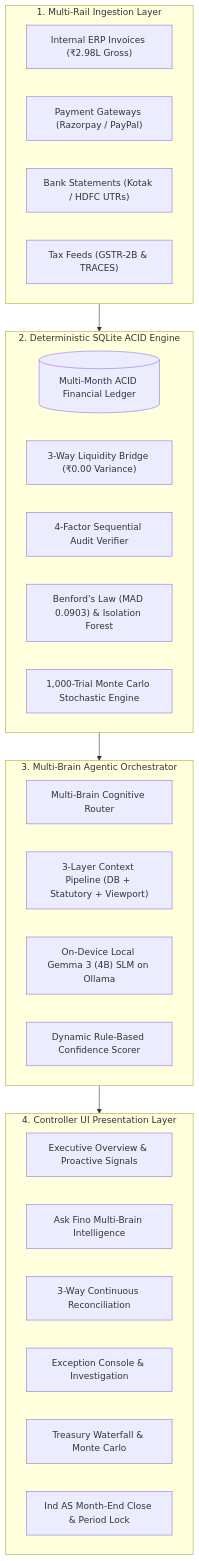
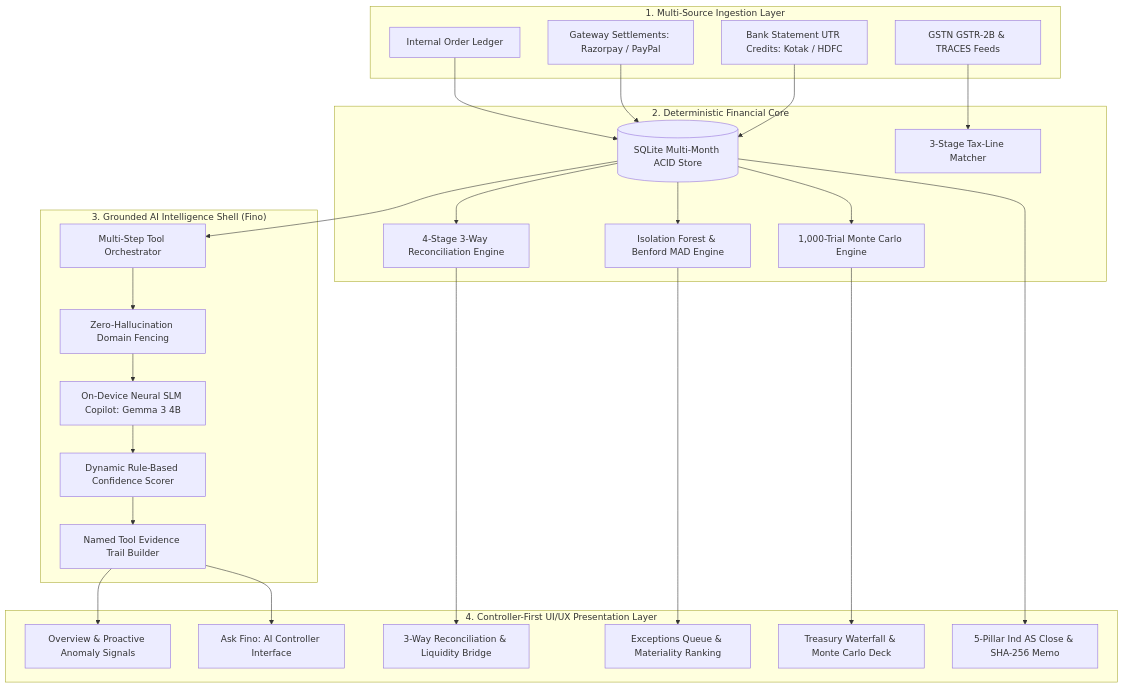
One commit to sharancode3/Finora changed the fifth of 5 diagrams in README.md. Above: the diagram before and after it, drawn with Mermaid. The commit also changed other lines of this file, not shown here.

Commit message:
docs: restore original detailed system architecture and fix all LaTeX math rendering

````diff
--- a/README.md
+++ b/README.md
@@ -271,37 +273,56 @@
 ```mermaid
-flowchart TD
-    subgraph Ingestion ["1. Multi-Rail Ingestion Layer"]
-        I1["Internal ERP Invoices (₹2.98L Gross)"]
-        I2["Payment Gateways (Razorpay / PayPal)"]
-        I3["Bank Statements (Kotak / HDFC UTRs)"]
-        I4["Tax Feeds (GSTR-2B & TRACES)"]
+graph TD
+    subgraph Ingestion["1. Multi-Source Ingestion Layer"]
+        L[Internal Order Ledger]
+        G[Gateway Settlements: Razorpay / PayPal]
+        B[Bank Statement UTR Credits: Kotak / HDFC]
+        T[GSTN GSTR-2B & TRACES Feeds]
     end
 
-    subgraph Core ["2. Deterministic SQLite ACID Engine"]
-        C1[("Multi-Month ACID Financial Ledger")]
-        C2["3-Way Liquidity Bridge (₹0.00 Variance)"]
-        C3["4-Factor Sequential Audit Verifier"]
-        C4["Benford's Law (MAD 0.0903) & Isolation Forest"]
-        C5["1,000-Trial Monte Carlo Stochastic Engine"]
+    subgraph Core["2. Deterministic Financial Core"]
+        SQL[(SQLite Multi-Month ACID Store)]
+        M4[4-Stage 3-Way Reconciliation Engine]
+        ANOM[Isolation Forest & Benford MAD Engine]
+        MC[1,000-Trial Monte Carlo Engine]
+        TAX[3-Stage Tax-Line Matcher]
     end
 
-    subgraph Agentic ["3. Multi-Brain Agentic Orchestrator"]
-        A1["Multi-Brain Cognitive Router"]
-        A2["3-Layer Context Pipeline (DB + Statutory + Viewport)"]
-        A3["On-Device Local Gemma 3 (4B) SLM on Ollama"]
-        A4["Dynamic Rule-Based Confidence Scorer"]
+    subgraph Agentic["3. Grounded AI Intelligence Shell (Fino)"]
+        SLM[On-Device Neural SLM Copilot: Gemma 3 4B]
+        ORCH[Multi-Step Tool Orchestrator]
+        CONF[Dynamic Rule-Based Confidence Scorer]
+        VERIF[Zero-Hallucination Domain Fencing]
+        EVID[Named Tool Evidence Trail Builder]
     end
 
-    subgraph UI ["4. Controller UI Presentation Layer"]
-        U1["Executive Overview & Proactive Signals"]
-        U2["Ask Fino Multi-Brain Intelligence"]
-        U3["3-Way Continuous Reconciliation"]
-        U4["Exception Console & Investigation"]
-        U5["Treasury Waterfall & Monte Carlo"]
-        U6["Ind AS Month-End Close & Period Lock"]
+    subgraph UI["4. Controller-First UI/UX Presentation Layer"]
+        DASH[Overview & Proactive Anomaly Signals]
+        ASK[Ask Fino: AI Controller Interface]
+        RECON[3-Way Reconciliation & Liquidity Bridge]
+        EXC[Exceptions Queue & Materiality Ranking]
+        CASH[Treasury Waterfall & Monte Carlo Deck]
+        CLOSE[5-Pillar Ind AS Close & SHA-256 Memo]
     end
 
-    Ingestion --> Core
-    Core --> Agentic
-    Agentic --> UI
+    L --> SQL
+    G --> SQL
+    B --> SQL
+    T --> TAX
+
+    SQL --> M4
+    SQL --> ANOM
+    SQL --> MC
+    SQL --> ORCH
+
+    ORCH --> VERIF
+    VERIF --> SLM
+    SLM --> CONF
+    CONF --> EVID
+
+    M4 --> RECON
+    ANOM --> EXC
+    MC --> CASH
+    EVID --> DASH
+    EVID --> ASK
+    SQL --> CLOSE
 ```
````
